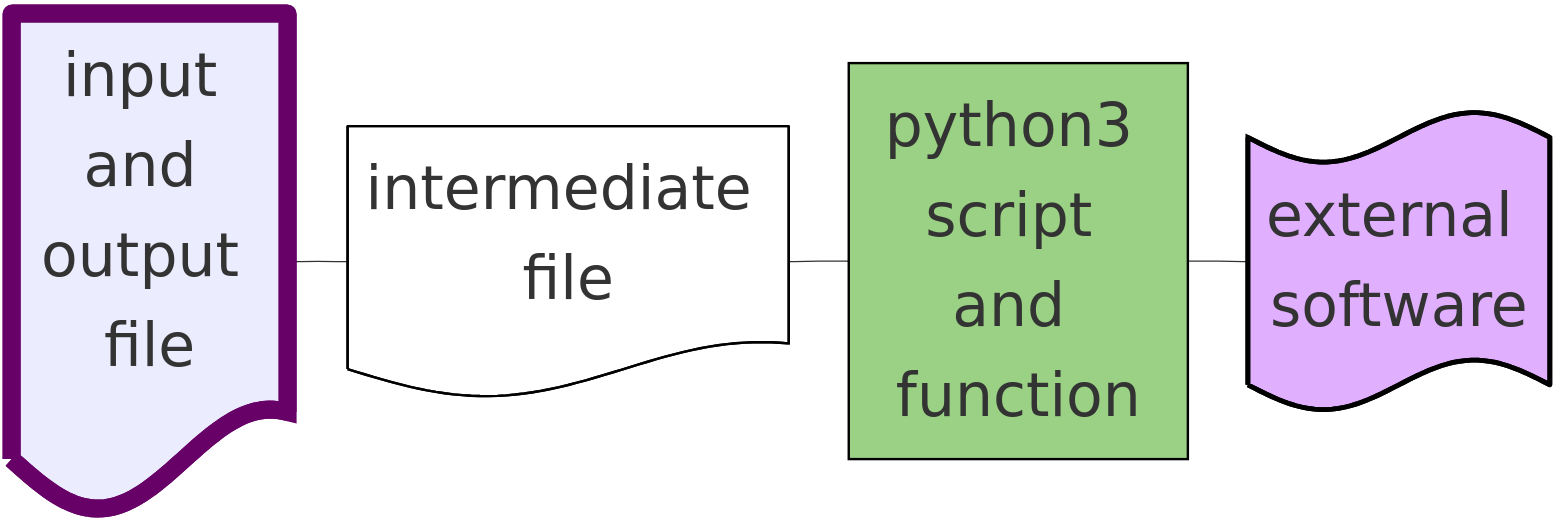
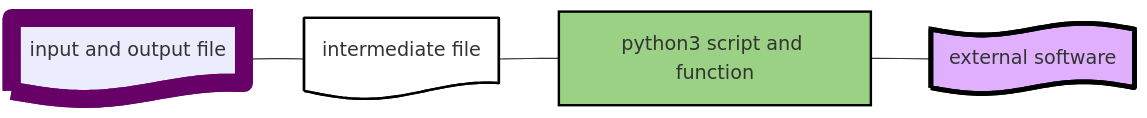
One commit to OcMalde/fuse-phylotree changed the first of 2 diagrams in README.md. Above: the diagram before and after it, drawn with Mermaid.

````diff
--- a/README.md
+++ b/README.md
@@ -19,28 +19,21 @@
 ```mermaid
----
-config:
-  look: classic
-  theme: default
-  themeVariables:
-    fontSize: 50px
 
----
 flowchart LR
 
 l1@{ shape: doc, label: "input and output file" } --- l2@{ shape: doc, label: "intermediate file" }
 l2 --- l3[python3 script and function]
 l3 --- l4@{ shape: flag, label: "external software" }
 
 classDef toolsl fill:#E0B0FF,stroke:#000,stroke-width:4px;
 class l4 toolsl
 
 classDef filesl fill:#fff,stroke:#000,stroke-width:2px;
 class l2 filesl
 
 classDef inputl stroke:#670067,stroke-width:15px;
 class l1 inputl
 
 classDef scriptsl fill:#9BD184,stroke:#000,stroke-width:2px;
 class l3 scriptsl
 
 ```
````
